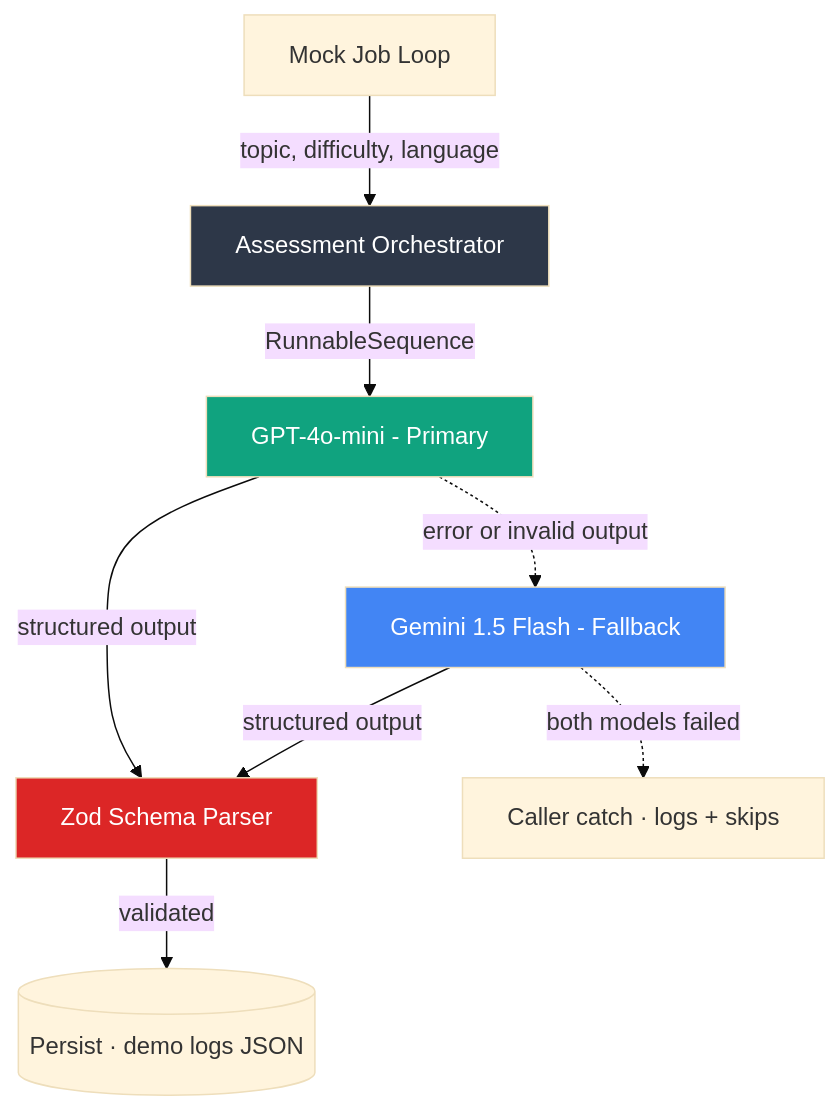
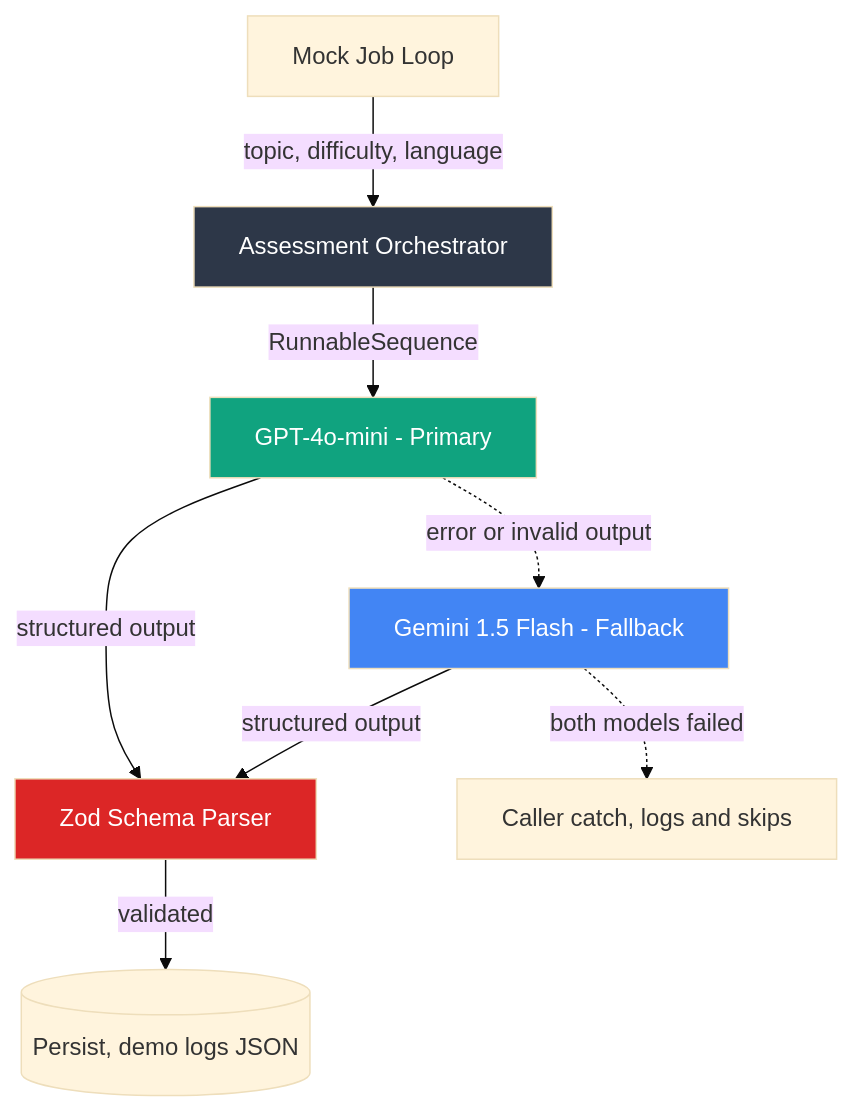
Before and after one commit to sudhanshu1402/llm-assessment-pipeline: the diagram in README.md, drawn with Mermaid (base theme). The commit also changed other lines of this file, not shown here.

````diff
--- a/README.md
+++ b/README.md
@@ -17,15 +17,15 @@
 ```mermaid
 graph TB
     Queue[Mock Job Loop] -->|topic, difficulty, language| Orchestrator[Assessment Orchestrator]
     Orchestrator -->|RunnableSequence| Primary[GPT-4o-mini - Primary]
     Primary -->|structured output| Parser[Zod Schema Parser]
     Primary -.->|error or invalid output| Fallback[Gemini 1.5 Flash - Fallback]
     Fallback -->|structured output| Parser
-    Parser -->|validated| DB[(Persist · demo logs JSON)]
-    Fallback -.->|both models failed| Caller[Caller catch · logs + skips]
+    Parser -->|validated| DB[(Persist, demo logs JSON)]
+    Fallback -.->|both models failed| Caller[Caller catch, logs and skips]
 
     style Orchestrator fill:#2d3748,color:#fff
     style Primary fill:#10a37f,color:#fff
     style Fallback fill:#4285f4,color:#fff
     style Parser fill:#dc2626,color:#fff
 ```
````
